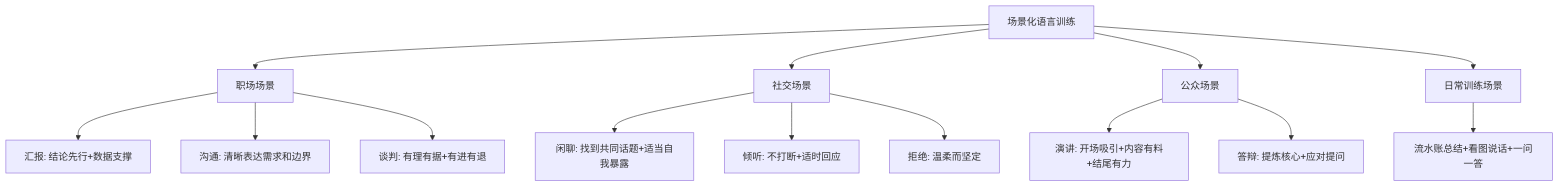
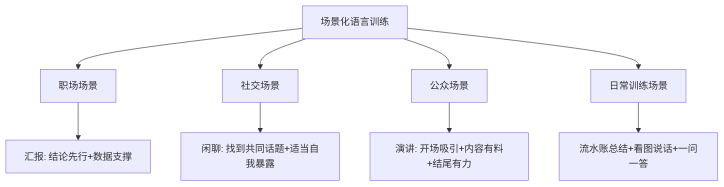
Diagram 11 of 14 in 10.打工充平常记录/10.自我精进七课/06.语言沟通的演进/6.1语言底蕴的提升.md (chongyang211/YCBookBlog), drawn with Mermaid before and after one commit. The commit also changed other lines of this file and 55 other files, not shown here.

````diff
--- a/10.打工充平常记录/10.自我精进七课/06.语言沟通的演进/6.1语言底蕴的提升.md
+++ b/10.打工充平常记录/10.自我精进七课/06.语言沟通的演进/6.1语言底蕴的提升.md
@@ -367,16 +378,11 @@
 ```mermaid
 graph TD
     A[场景化语言训练] --> B[职场场景]
     A --> C[社交场景]
     A --> D[公众场景]
     A --> E[日常训练场景]
     B --> B1[汇报: 结论先行+数据支撑]
-    B --> B2[沟通: 清晰表达需求和边界]
-    B --> B3[谈判: 有理有据+有进有退]
     C --> C1[闲聊: 找到共同话题+适当自我暴露]
-    C --> C2[倾听: 不打断+适时回应]
-    C --> C3[拒绝: 温柔而坚定]
     D --> D1[演讲: 开场吸引+内容有料+结尾有力]
-    D --> D2[答辩: 提炼核心+应对提问]
     E --> E1[流水账总结+看图说话+一问一答]
 ```
````
